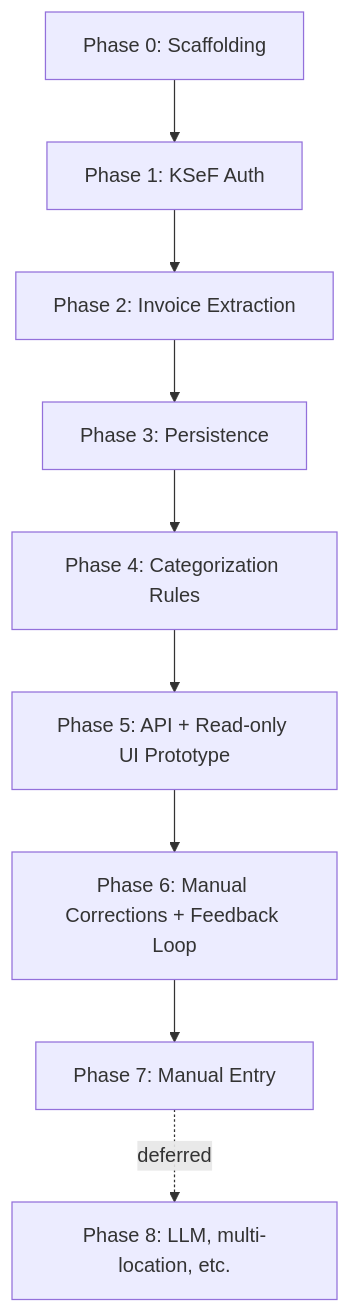
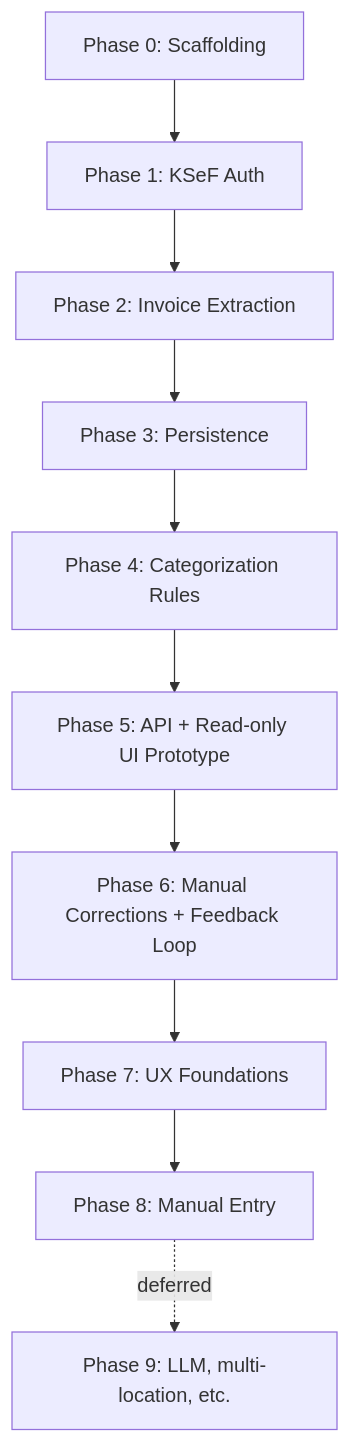
The diagram in design/IMPLEMENTATION_PLAN.md (karol-brejna-i/ksef-exporter), drawn with Mermaid before and after one commit. The commit also changed other lines of this file and 1 other file, not shown here.

First line of the commit message:
docs: replan for ux foundations after first real-usage feedback

````diff
--- a/design/IMPLEMENTATION_PLAN.md
+++ b/design/IMPLEMENTATION_PLAN.md
@@ -235,11 +269,12 @@
 ```mermaid
 flowchart TD
     P0[Phase 0: Scaffolding] --> P1[Phase 1: KSeF Auth]
     P1 --> P2[Phase 2: Invoice Extraction]
     P2 --> P3[Phase 3: Persistence]
     P3 --> P4[Phase 4: Categorization Rules]
     P4 --> P5[Phase 5: API + Read-only UI Prototype]
     P5 --> P6[Phase 6: Manual Corrections + Feedback Loop]
-    P6 --> P7[Phase 7: Manual Entry]
-    P7 -.deferred.-> P8[Phase 8: LLM, multi-location, etc.]
+    P6 --> P7[Phase 7: UX Foundations]
+    P7 --> P8[Phase 8: Manual Entry]
+    P8 -.deferred.-> P9[Phase 9: LLM, multi-location, etc.]
 ```
````
